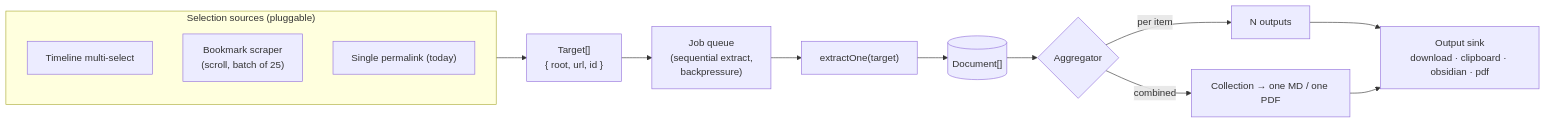
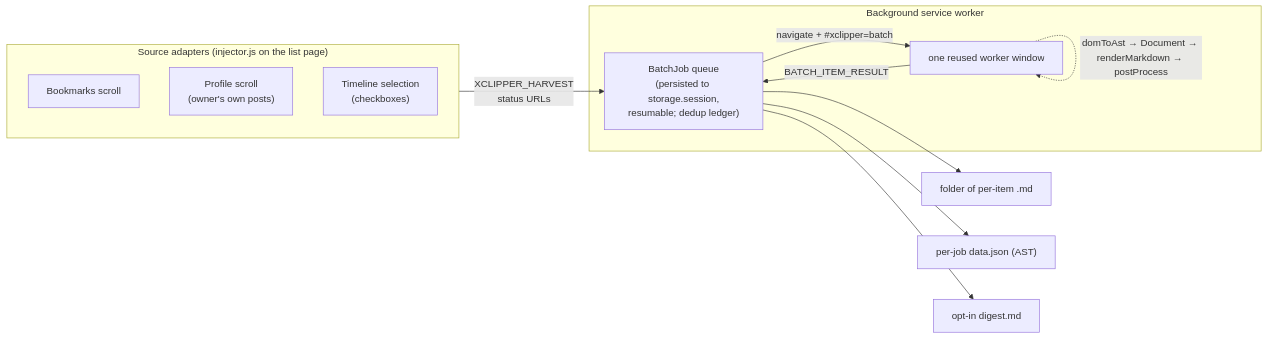
The sixth of 6 diagrams in docs/architecture.md (zendegani/XClipper), drawn with Mermaid before and after one commit. The commit also changed other lines of this file, not shown here.

Commit message:
docs: mark batch export as shipped;

````diff
--- a/docs/architecture.md
+++ b/docs/architecture.md
@@ -164,17 +152,19 @@
 ```mermaid
 flowchart LR
-  subgraph Sources["Selection sources (pluggable)"]
-    Sel["Timeline multi-select"]
-    Bm["Bookmark scraper<br/>(scroll, batch of 25)"]
-    One["Single permalink (today)"]
+  subgraph Sources["Source adapters (injector.js on the list page)"]
+    Bm["Bookmarks scroll"]
+    Pf["Profile scroll<br/>(owner's own posts)"]
+    Sel["Timeline selection<br/>(checkboxes)"]
   end
-  Sources --> Targets["Target[]<br/>{ root, url, id }"]
-  Targets --> Queue["Job queue<br/>(sequential extract,<br/>backpressure)"]
-  Queue --> Extract["extractOne(target)"]
-  Extract --> Docs[("Document[]")]
-  Docs --> Agg{"Aggregator"}
-  Agg -->|per item| Many["N outputs"]
-  Agg -->|combined| Coll["Collection → one MD / one PDF"]
-  Many --> Sink["Output sink<br/>download · clipboard · obsidian · pdf"]
-  Coll --> Sink
+  Sources -->|"XCLIPPER_HARVEST<br/>status URLs"| Queue
+  subgraph BG["Background service worker"]
+    Queue["BatchJob queue<br/>(persisted to storage.session,<br/>resumable; dedup ledger)"]
+    Worker["one reused worker window"]
+    Queue -->|"navigate + #xclipper=batch"| Worker
+    Worker -->|"BATCH_ITEM_RESULT"| Queue
+  end
+  Worker -.->|"domToAst → Document → renderMarkdown → postProcess"| Worker
+  Queue --> Folder["folder of per-item .md"]
+  Queue --> Json["per-job data.json (AST)"]
+  Queue --> Digest["opt-in digest.md"]
 ```
````
